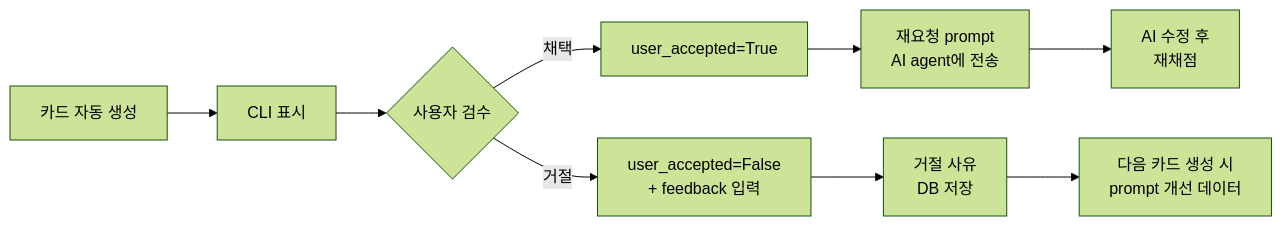
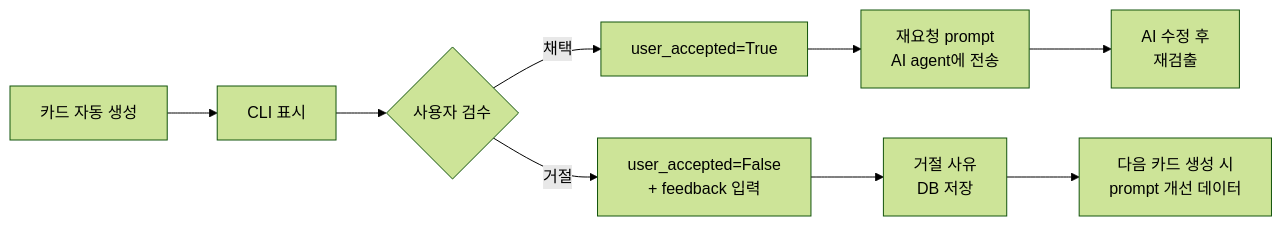
The diagram in docs/LEARNING_CARDS.md (YujunOh/NaN-SE), drawn with Mermaid (forest theme) before and after one commit. The commit also changed other lines of this file and 5 other files, not shown here.

````diff
--- a/docs/LEARNING_CARDS.md
+++ b/docs/LEARNING_CARDS.md
@@ -147,11 +149,11 @@
 ```mermaid
 flowchart LR
     Generate[카드 자동 생성] --> Show[CLI 표시]
     Show --> User{사용자 검수}
     User -->|채택| Accept[user_accepted=True]
     User -->|거절| Reject[user_accepted=False<br/>+ feedback 입력]
     Accept --> SendRevision[재요청 prompt<br/>AI agent에 전송]
     Reject --> LogFeedback[거절 사유<br/>DB 저장]
-    SendRevision --> ReJudge[AI 수정 후<br/>재채점]
+    SendRevision --> ReCheck[AI 수정 후<br/>재검출]
     LogFeedback --> ImprovePrompt[다음 카드 생성 시<br/>prompt 개선 데이터]
 ```
````
